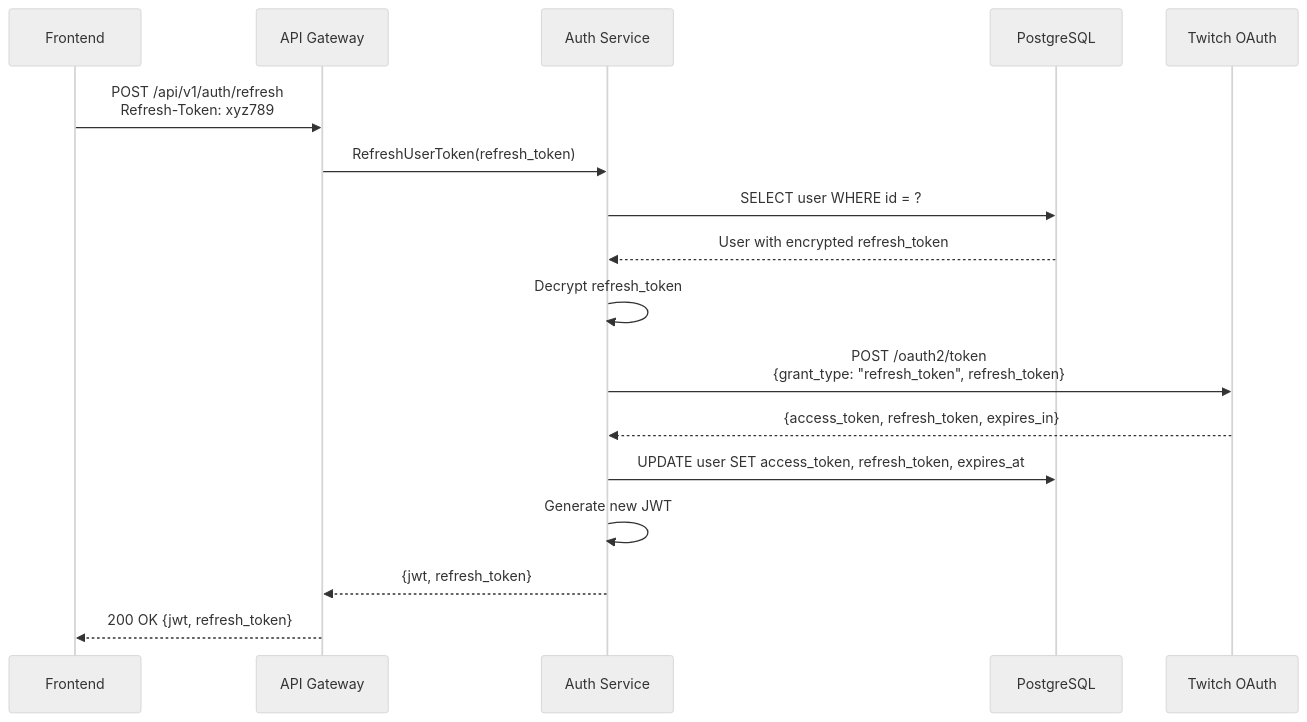
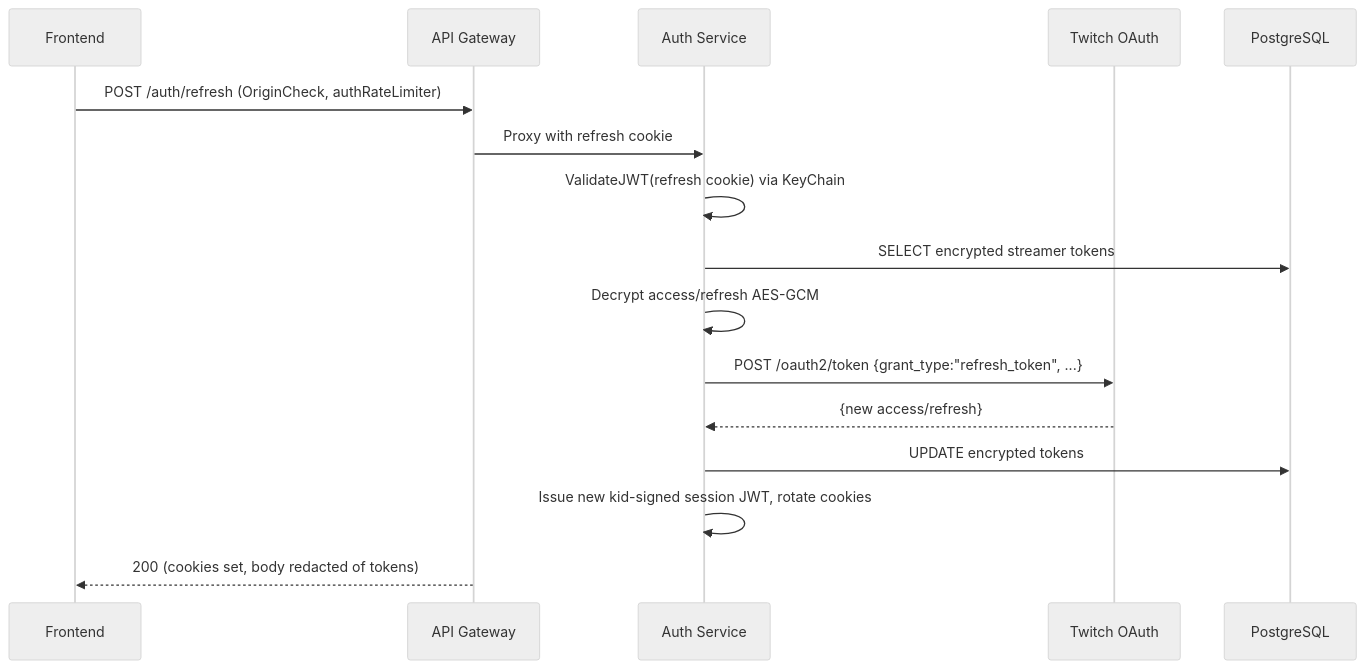
The second of 2 diagrams in docs/architecture/05-SECURITY.md (caesarakalaeii/all-chat), drawn with Mermaid (neutral theme) before and after one commit. The commit also changed other lines of this file and 10 other files, not shown here.

First line of the commit message:
docs(architecture): bring the architecture docs in line with the running system

````diff
--- a/docs/architecture/05-SECURITY.md
+++ b/docs/architecture/05-SECURITY.md
@@ -163,20 +111,19 @@
 ```mermaid
 sequenceDiagram
     participant Frontend
     participant Gateway as API Gateway
     participant Auth as Auth Service
+    participant Twitch as Twitch OAuth
     participant DB as PostgreSQL
-    participant Twitch as Twitch OAuth
 
-    Frontend->>Gateway: POST /api/v1/auth/refresh<br/>Refresh-Token: xyz789
-    Gateway->>Auth: RefreshUserToken(refresh_token)
-    Auth->>DB: SELECT user WHERE id = ?
-    DB-->>Auth: User with encrypted refresh_token
-    Auth->>Auth: Decrypt refresh_token
-    Auth->>Twitch: POST /oauth2/token<br/>{grant_type: "refresh_token", refresh_token}
-    Twitch-->>Auth: {access_token, refresh_token, expires_in}
-    Auth->>DB: UPDATE user SET access_token, refresh_token, expires_at
-    Auth->>Auth: Generate new JWT
-    Auth-->>Gateway: {jwt, refresh_token}
-    Gateway-->>Frontend: 200 OK {jwt, refresh_token}
+    Frontend->>Gateway: POST /auth/refresh (OriginCheck, authRateLimiter)
+    Gateway->>Auth: Proxy with refresh cookie
+    Auth->>Auth: ValidateJWT(refresh cookie) via KeyChain
+    Auth->>DB: SELECT encrypted streamer tokens
+    Auth->>Auth: Decrypt access/refresh AES-GCM
+    Auth->>Twitch: POST /oauth2/token {grant_type:"refresh_token", ...}
+    Twitch-->>Auth: {new access/refresh}
+    Auth->>DB: UPDATE encrypted tokens
+    Auth->>Auth: Issue new kid-signed session JWT, rotate cookies
+    Gateway-->>Frontend: 200 (cookies set, body redacted of tokens)
 ```
````
